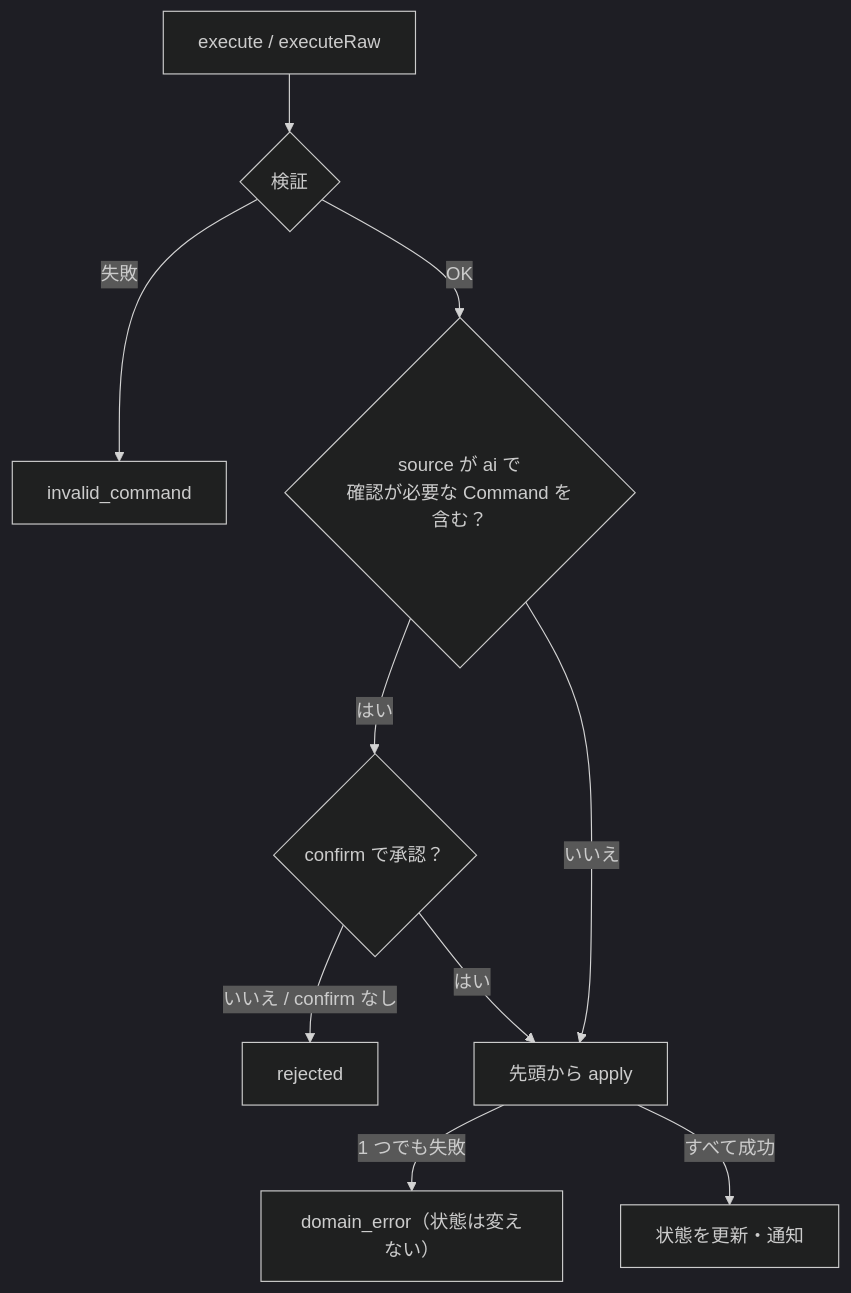
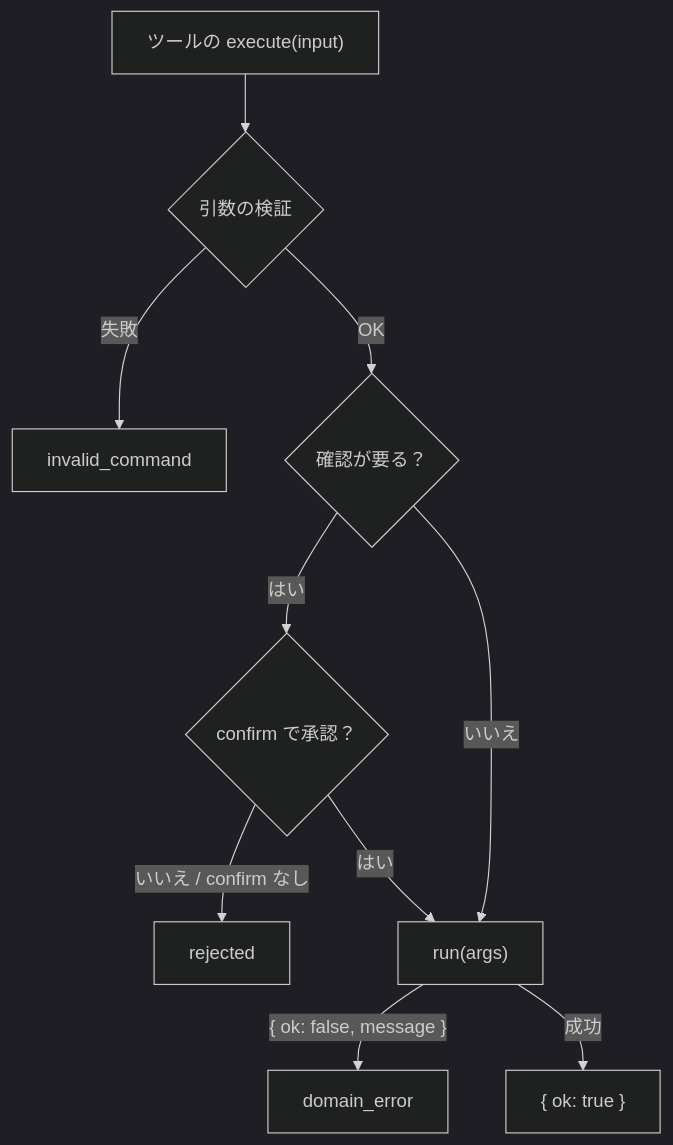
The diagram in docs/commands.md (fujibayashi-ast/ai-friendly), drawn with Mermaid (dark theme) before and after one commit. The commit also changed other lines of this file and 19 other files, not shown here.

````diff
--- a/docs/commands.md
+++ b/docs/commands.md
@@ -114,12 +90,12 @@
 ```mermaid
 flowchart TD
-  A["execute / executeRaw"] --> B{"検証"}
+  A["ツールの execute(input)"] --> B{"引数の検証"}
   B -- 失敗 --> E1["invalid_command"]
-  B -- OK --> C{"source が ai で<br>確認が必要な Command を含む？"}
+  B -- OK --> C{"確認が要る？"}
   C -- はい --> D{"confirm で承認？"}
   D -- いいえ / confirm なし --> E2["rejected"]
   D -- はい --> F
-  C -- いいえ --> F["先頭から apply"]
-  F -- 1 つでも失敗 --> E3["domain_error（状態は変えない）"]
-  F -- すべて成功 --> G["状態を更新・通知"]
+  C -- いいえ --> F["run(args)"]
+  F -- "{ ok: false, message }" --> E3["domain_error"]
+  F -- 成功 --> G["{ ok: true }"]
 ```
````
